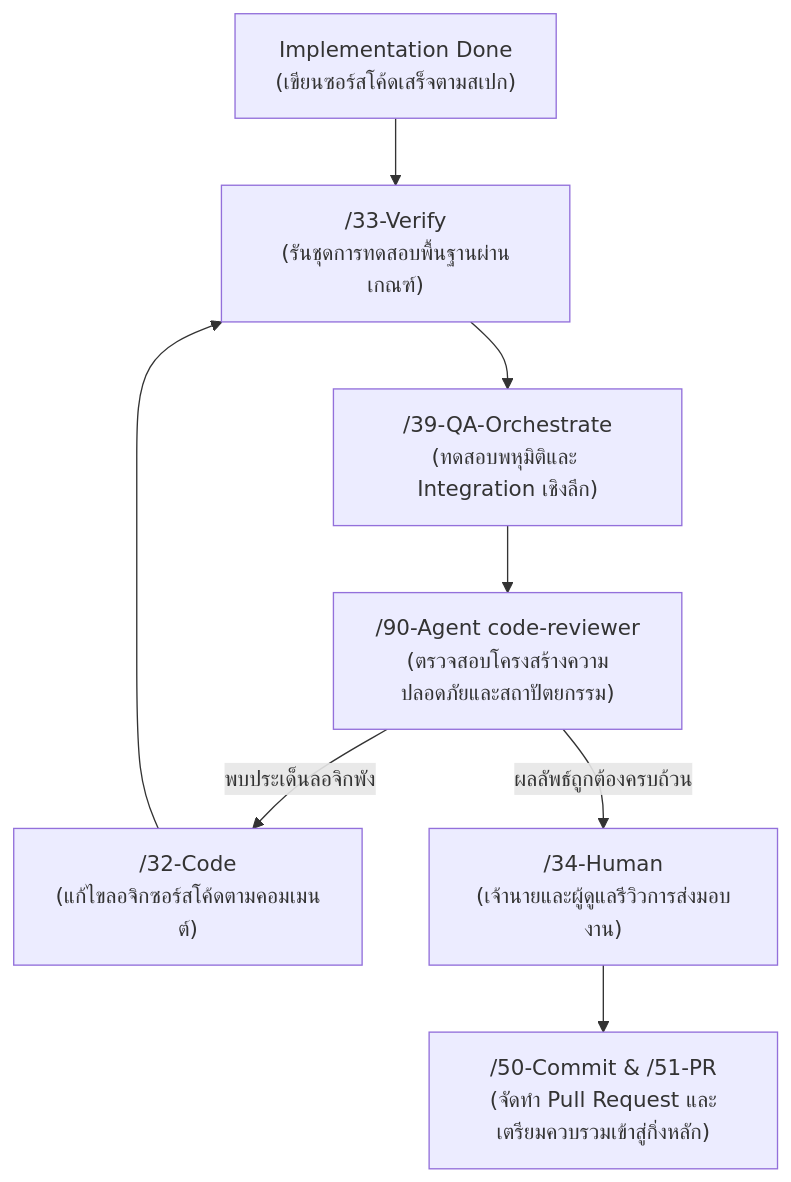
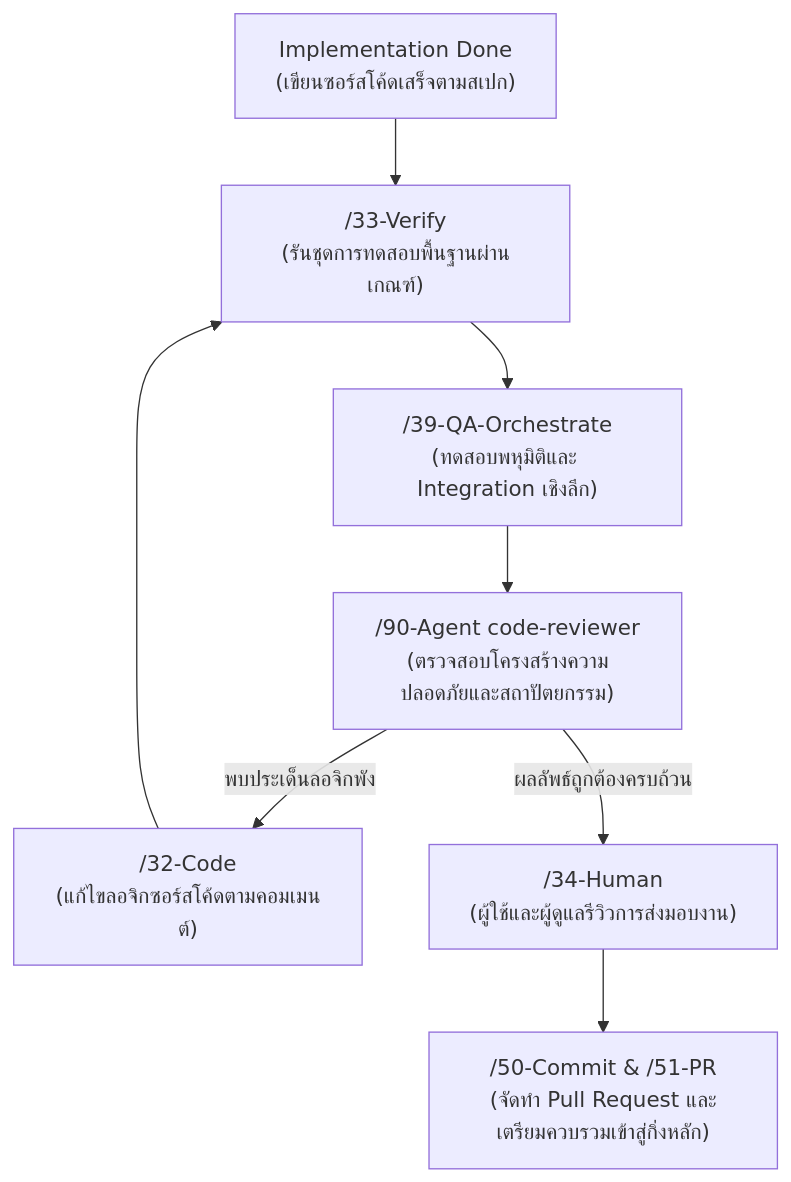
One commit to Jakkrich/nexus-devflow changed the sixth of 6 diagrams in README.md. Above: the diagram before and after it, drawn with Mermaid. The commit also changed other lines of this file, not shown here.

````diff
--- a/README.md
+++ b/README.md
@@ -320,18 +320,18 @@
 ```mermaid
 flowchart TD
     Done["Implementation Done<br/>(เขียนซอร์สโค้ดเสร็จตามสเปก)"]
     Verify["/33-Verify<br/>(รันชุดการทดสอบพื้นฐานผ่านเกณฑ์)"]
     QA["/39-QA-Orchestrate<br/>(ทดสอบพหุมิติและ Integration เชิงลึก)"]
     Review["/90-Agent code-reviewer<br/>(ตรวจสอบโครงสร้างความปลอดภัยและสถาปัตยกรรม)"]
     Fix["/32-Code<br/>(แก้ไขลอจิกซอร์สโค้ดตามคอมเมนต์)"]
-    Human["/34-Human<br/>(เจ้านายและผู้ดูแลรีวิวการส่งมอบงาน)"]
+    Human["/34-Human<br/>(ผู้ใช้และผู้ดูแลรีวิวการส่งมอบงาน)"]
     Commit["/50-Commit & /51-PR<br/>(จัดทำ Pull Request และเตรียมควบรวมเข้าสู่กิ่งหลัก)"]
  
     Done --> Verify
     Verify --> QA
     QA --> Review
     Review -->|พบประเด็นลอจิกพัง| Fix
     Fix --> Verify
     Review -->|ผลลัพธ์ถูกต้องครบถ้วน| Human
     Human --> Commit
 ```
````
